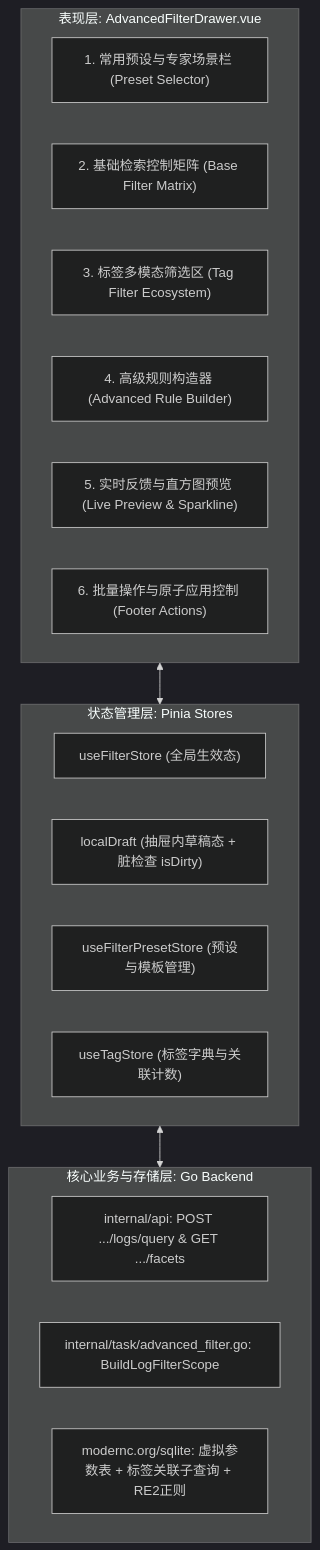
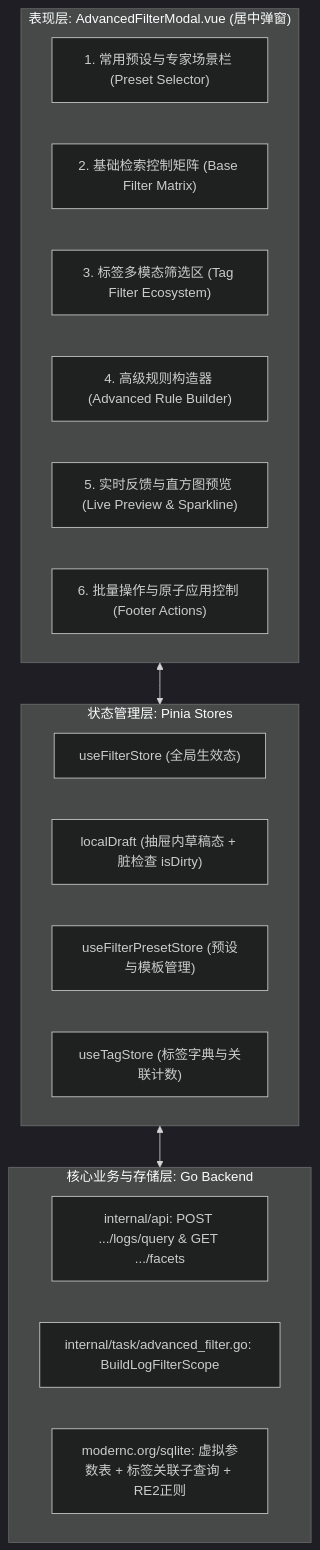
Before and after one commit to DeavorWei/LogAuditorGo: the second of 4 diagrams in docs/工作台高级筛选深度优化设计方案.md, drawn with Mermaid (dark theme). The commit also changed 3 other files, not shown here.

````diff
--- a/docs/工作台高级筛选深度优化设计方案.md
+++ b/docs/工作台高级筛选深度优化设计方案.md
@@ -99,27 +99,27 @@
 ```mermaid
 flowchart TD
-    subgraph UI["表现层: AdvancedFilterDrawer.vue"]
+    subgraph UI["表现层: AdvancedFilterModal.vue (居中弹窗)"]
         PresetBar["1. 常用预设与专家场景栏 (Preset Selector)"]
         BaseSection["2. 基础检索控制矩阵 (Base Filter Matrix)"]
         TagSection["3. 标签多模态筛选区 (Tag Filter Ecosystem)"]
         RuleSection["4. 高级规则构造器 (Advanced Rule Builder)"]
         PreviewSection["5. 实时反馈与直方图预览 (Live Preview & Sparkline)"]
         FooterBar["6. 批量操作与原子应用控制 (Footer Actions)"]
     end
 
     subgraph State["状态管理层: Pinia Stores"]
         FilterStore["useFilterStore (全局生效态)"]
         DraftState["localDraft (抽屉内草稿态 + 脏检查 isDirty)"]
         PresetStore["useFilterPresetStore (预设与模板管理)"]
         TagStore["useTagStore (标签字典与关联计数)"]
     end
 
     subgraph Engine["核心业务与存储层: Go Backend"]
         TaskAPI["internal/api: POST .../logs/query & GET .../facets"]
         FilterCompiler["internal/task/advanced_filter.go: BuildLogFilterScope"]
         SQLiteEngine["modernc.org/sqlite: 虚拟参数表 + 标签关联子查询 + RE2正则"]
     end
 
     UI <--> State
     State <--> Engine
 ```
````
